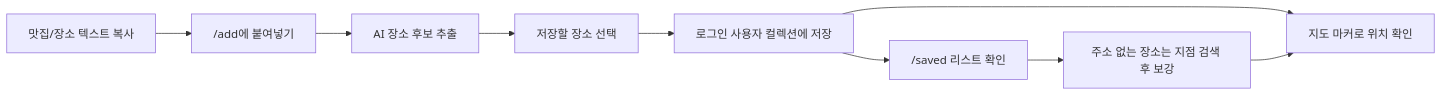
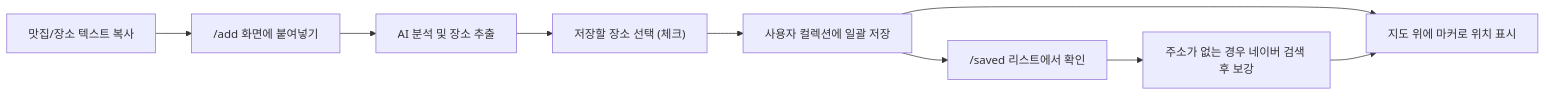
Before and after one commit to BapSangE/sple: the first of 2 diagrams in README.md, drawn with Mermaid. The commit also changed other lines of this file, not shown here.

````diff
--- a/README.md
+++ b/README.md
@@ -54,11 +79,11 @@
 ```mermaid
 flowchart LR
-  A["맛집/장소 텍스트 복사"] --> B["/add에 붙여넣기"]
-  B --> C["AI 장소 후보 추출"]
-  C --> D["저장할 장소 선택"]
-  D --> E["로그인 사용자 컬렉션에 저장"]
-  E --> F["/saved 리스트 확인"]
-  E --> G["지도 마커로 위치 확인"]
-  F --> H["주소 없는 장소는 지점 검색 후 보강"]
+  A["맛집/장소 텍스트 복사"] --> B["/add 화면에 붙여넣기"]
+  B --> C["AI 분석 및 장소 추출"]
+  C --> D["저장할 장소 선택 (체크)"]
+  D --> E["사용자 컬렉션에 일괄 저장"]
+  E --> F["/saved 리스트에서 확인"]
+  E --> G["지도 위에 마커로 위치 표시"]
+  F --> H["주소가 없는 경우 네이버 검색 후 보강"]
   H --> G
 ```
````
